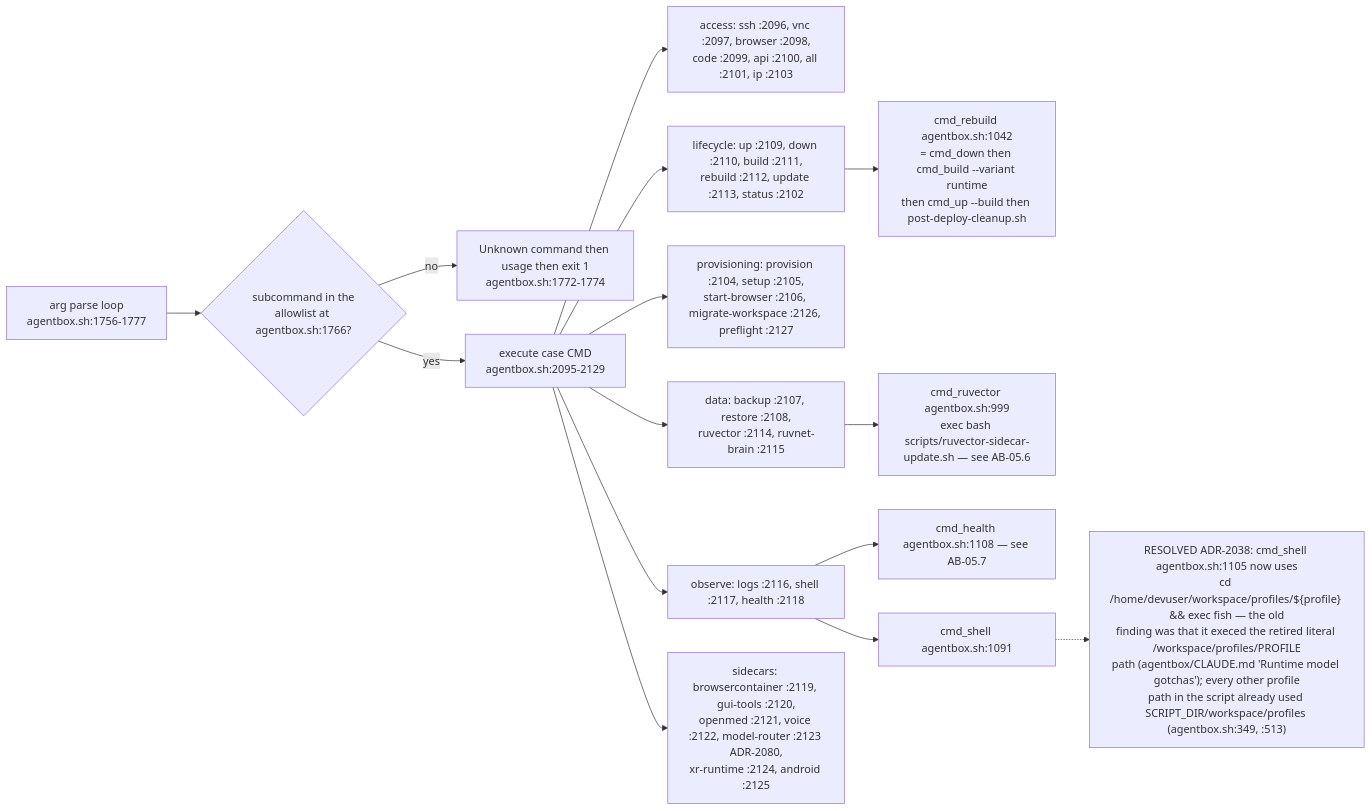
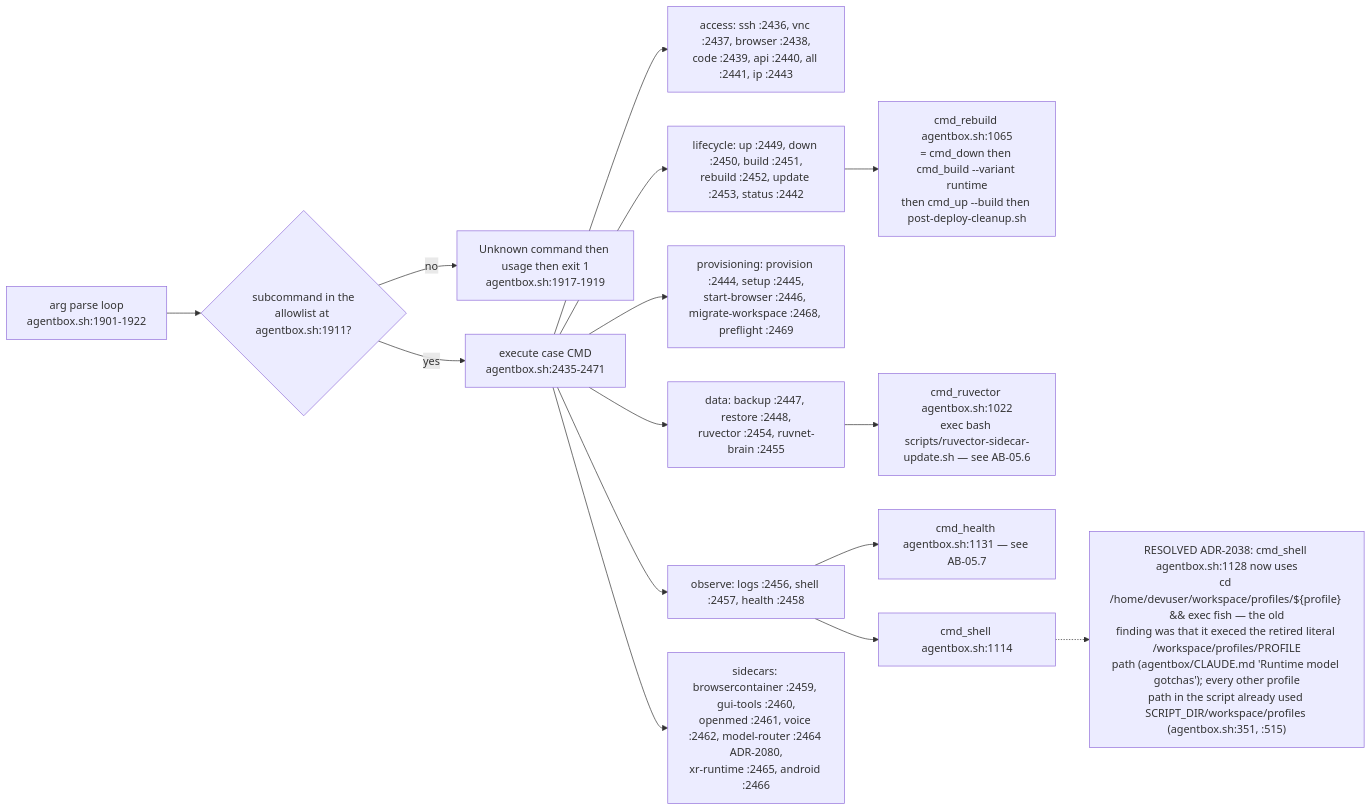
The fifth of 13 diagrams in docs/diagrams/agentbox/05-manifest-gates-and-cli.md (DreamLab-AI/VisionFlow), drawn with Mermaid before and after one commit. The commit also changed other lines of this file and 28 other files, not shown here.

````diff
--- a/docs/diagrams/agentbox/05-manifest-gates-and-cli.md
+++ b/docs/diagrams/agentbox/05-manifest-gates-and-cli.md
@@ -135,17 +136,17 @@
 ```mermaid
 flowchart LR
-    ARG["arg parse loop<br/>agentbox.sh:1756-1777"] --> AL{"subcommand in the<br/>allowlist at agentbox.sh:1766?"}
-    AL -->|no| ERR["Unknown command then usage then exit 1<br/>agentbox.sh:1772-1774"]
-    AL -->|yes| CASE["execute case CMD<br/>agentbox.sh:2095-2129"]
-    CASE --> G1["access: ssh :2096, vnc :2097, browser :2098,<br/>code :2099, api :2100, all :2101, ip :2103"]
-    CASE --> G2["lifecycle: up :2109, down :2110, build :2111,<br/>rebuild :2112, update :2113, status :2102"]
-    CASE --> G3["provisioning: provision :2104, setup :2105,<br/>start-browser :2106, migrate-workspace :2126, preflight :2127"]
-    CASE --> G4["data: backup :2107, restore :2108,<br/>ruvector :2114, ruvnet-brain :2115"]
-    CASE --> G5["observe: logs :2116, shell :2117, health :2118"]
-    CASE --> G6["sidecars: browsercontainer :2119, gui-tools :2120,<br/>openmed :2121, voice :2122, model-router :2123 ADR-2080,<br/>xr-runtime :2124, android :2125"]
-    G2 --> RB["cmd_rebuild agentbox.sh:1042<br/>= cmd_down then cmd_build --variant runtime<br/>then cmd_up --build then post-deploy-cleanup.sh"]
-    G4 --> RV["cmd_ruvector agentbox.sh:999<br/>exec bash scripts/ruvector-sidecar-update.sh — see AB-05.6"]
-    G5 --> HL["cmd_health agentbox.sh:1108 — see AB-05.7"]
-    G5 --> SH["cmd_shell agentbox.sh:1091"]
-    SH -.-> RES1["RESOLVED ADR-2038: cmd_shell agentbox.sh:1105 now uses<br/>cd /home/devuser/workspace/profiles/${profile} && exec fish — the old<br/>finding was that it execed the retired literal /workspace/profiles/PROFILE<br/>path (agentbox/CLAUDE.md 'Runtime model gotchas'); every other profile<br/>path in the script already used SCRIPT_DIR/workspace/profiles (agentbox.sh:349, :513)"]
+    ARG["arg parse loop<br/>agentbox.sh:1901-1922"] --> AL{"subcommand in the<br/>allowlist at agentbox.sh:1911?"}
+    AL -->|no| ERR["Unknown command then usage then exit 1<br/>agentbox.sh:1917-1919"]
+    AL -->|yes| CASE["execute case CMD<br/>agentbox.sh:2435-2471"]
+    CASE --> G1["access: ssh :2436, vnc :2437, browser :2438,<br/>code :2439, api :2440, all :2441, ip :2443"]
+    CASE --> G2["lifecycle: up :2449, down :2450, build :2451,<br/>rebuild :2452, update :2453, status :2442"]
+    CASE --> G3["provisioning: provision :2444, setup :2445,<br/>start-browser :2446, migrate-workspace :2468, preflight :2469"]
+    CASE --> G4["data: backup :2447, restore :2448,<br/>ruvector :2454, ruvnet-brain :2455"]
+    CASE --> G5["observe: logs :2456, shell :2457, health :2458"]
+    CASE --> G6["sidecars: browsercontainer :2459, gui-tools :2460,<br/>openmed :2461, voice :2462, model-router :2464 ADR-2080,<br/>xr-runtime :2465, android :2466"]
+    G2 --> RB["cmd_rebuild agentbox.sh:1065<br/>= cmd_down then cmd_build --variant runtime<br/>then cmd_up --build then post-deploy-cleanup.sh"]
+    G4 --> RV["cmd_ruvector agentbox.sh:1022<br/>exec bash scripts/ruvector-sidecar-update.sh — see AB-05.6"]
+    G5 --> HL["cmd_health agentbox.sh:1131 — see AB-05.7"]
+    G5 --> SH["cmd_shell agentbox.sh:1114"]
+    SH -.-> RES1["RESOLVED ADR-2038: cmd_shell agentbox.sh:1128 now uses<br/>cd /home/devuser/workspace/profiles/${profile} && exec fish — the old<br/>finding was that it execed the retired literal /workspace/profiles/PROFILE<br/>path (agentbox/CLAUDE.md 'Runtime model gotchas'); every other profile<br/>path in the script already used SCRIPT_DIR/workspace/profiles (agentbox.sh:351, :515)"]
 ```
````
